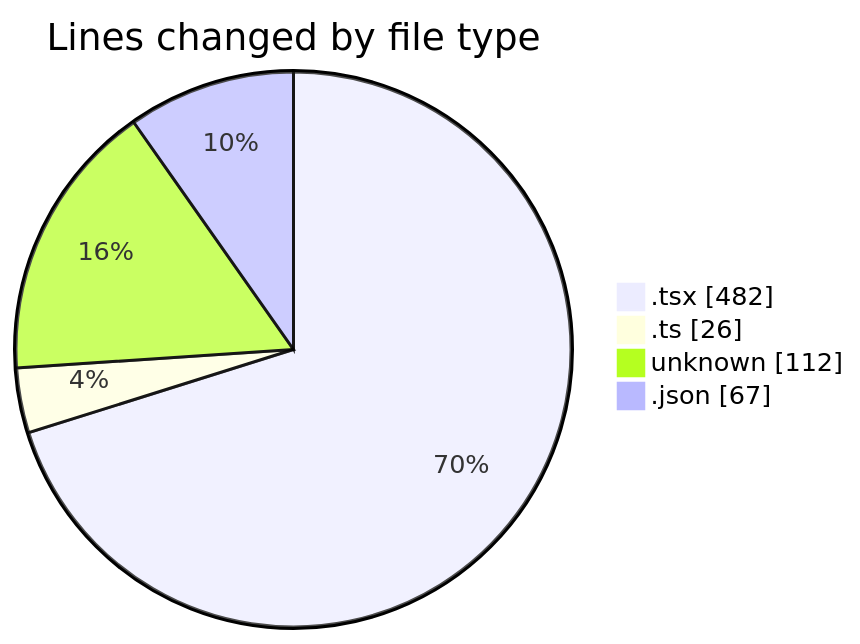
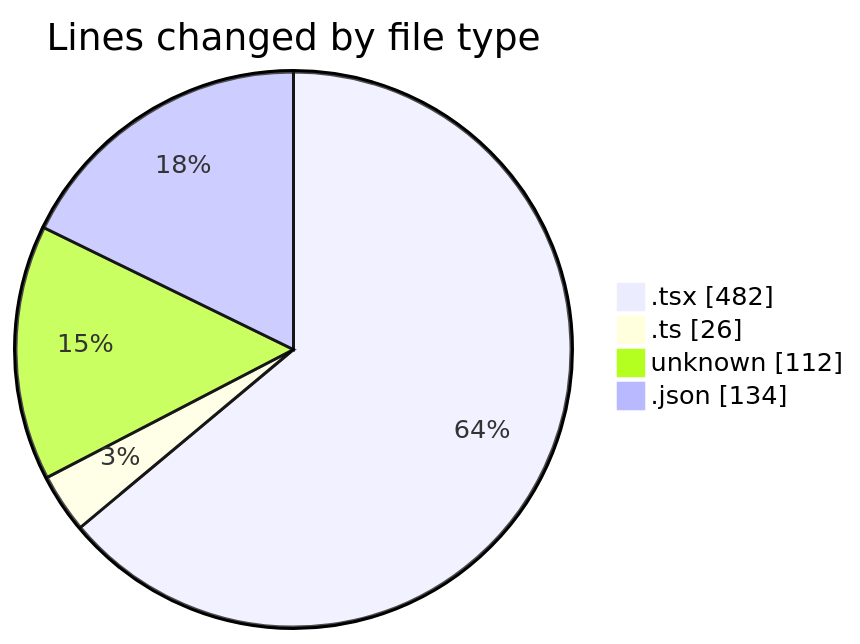
Before and after one commit to momahboobian/code-tracking: the first of 2 diagrams in 2026-04-28/cda/README.md, drawn with Mermaid. The commit also changed other lines of this file and 1 other file, not shown here.

````diff
--- a/2026-04-28/cda/README.md
+++ b/2026-04-28/cda/README.md
@@ -26,8 +26,8 @@
 ```mermaid
 pie showData
 title Lines changed by file type
 ".tsx" : 482
 ".ts" : 26
 "unknown" : 112
-".json" : 67
+".json" : 134
 ```
````
